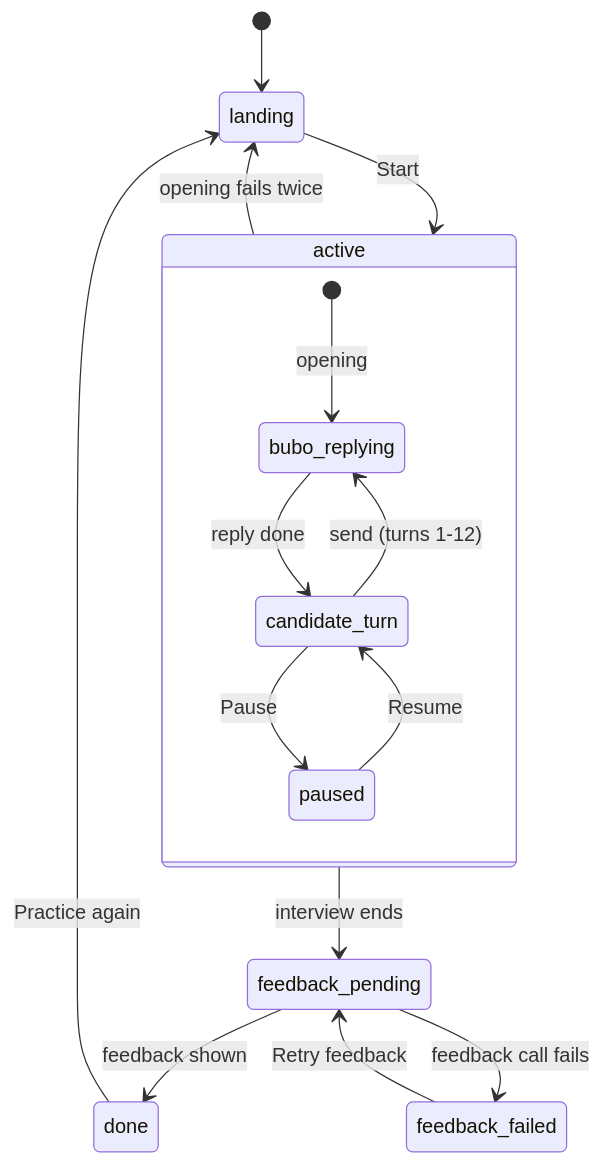
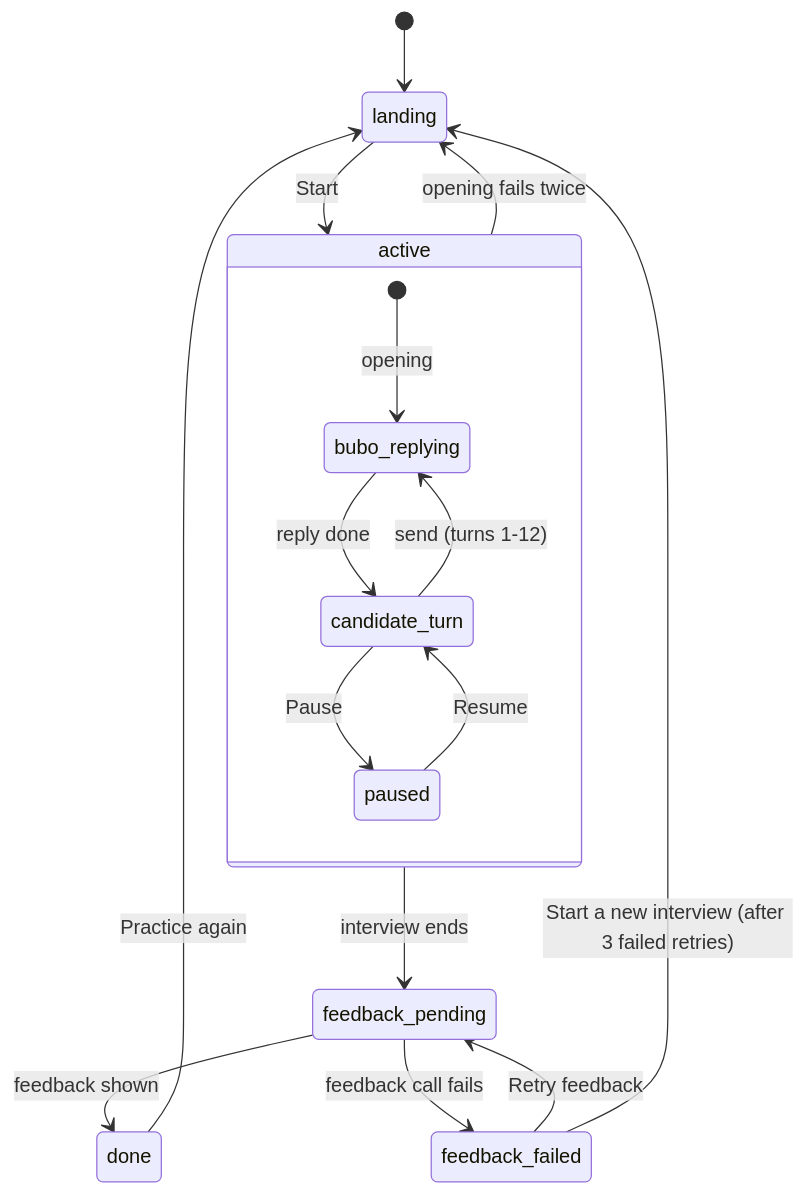
One commit to kat-perreira/interview-buddy changed the first of 3 diagrams in docs/flow.md. Above: the diagram before and after it, drawn with Mermaid. The commit also changed other lines of this file and 9 other files, not shown here.

````diff
--- a/docs/flow.md
+++ b/docs/flow.md
@@ -5,20 +5,21 @@
 ```mermaid
 stateDiagram-v2
     [*] --> landing
     landing --> active: Start
     active --> landing: opening fails twice
 
     state active {
         [*] --> bubo_replying: opening
         bubo_replying --> candidate_turn: reply done
         candidate_turn --> bubo_replying: send (turns 1-12)
         candidate_turn --> paused: Pause
         paused --> candidate_turn: Resume
     }
 
     active --> feedback_pending: interview ends
     feedback_pending --> done: feedback shown
     feedback_pending --> feedback_failed: feedback call fails
     feedback_failed --> feedback_pending: Retry feedback
+    feedback_failed --> landing: Start a new interview (after 3 failed retries)
     done --> landing: Practice again
 ```
````
